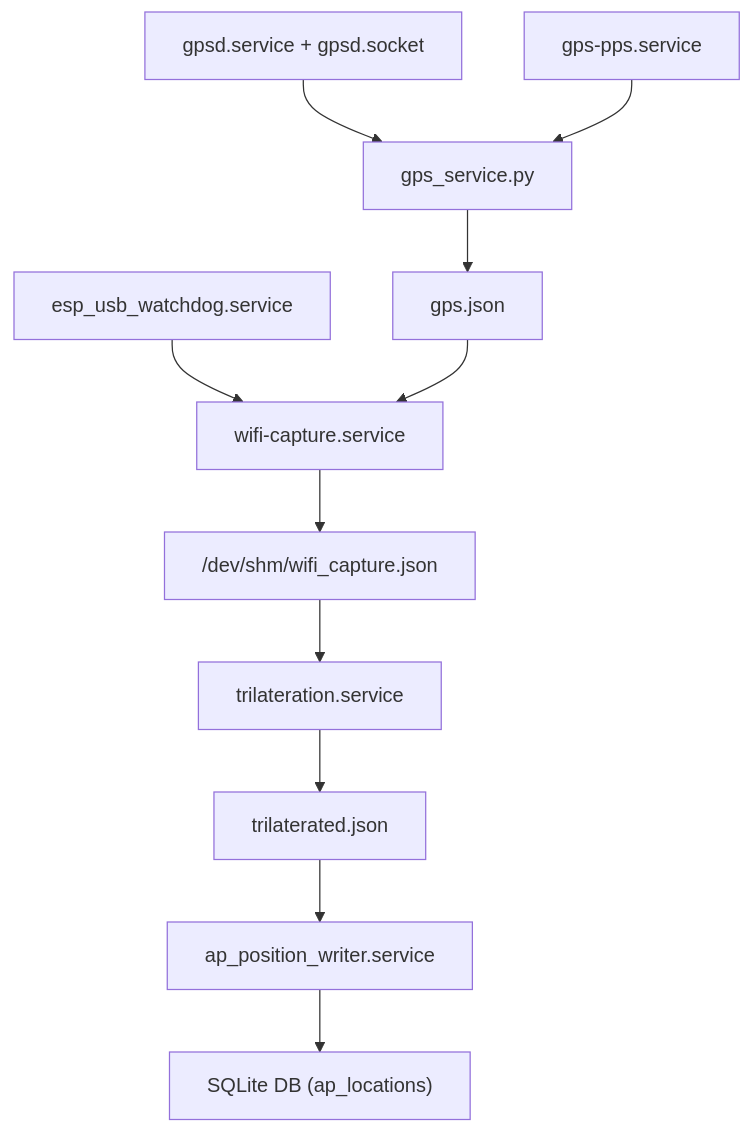
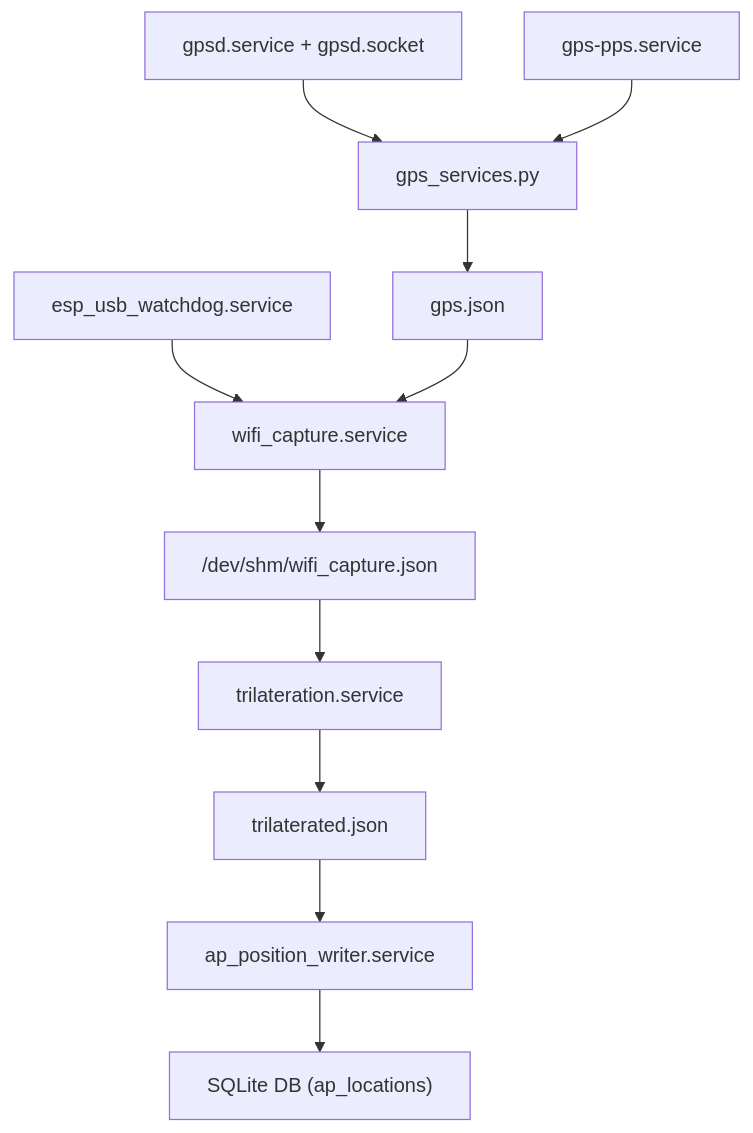
Before and after one commit to sbejarano/WiFi_Promiscuous: the diagram in gps.md, drawn with Mermaid. The commit also changed 1 other file, not shown here.

Commit message:
docs: align README architecture with current running services

````diff
--- a/gps.md
+++ b/gps.md
@@ -1,31 +1,31 @@
 ```mermaid
 flowchart TD
     gpsd["gpsd.service + gpsd.socket"]
     pps["gps-pps.service"]
-    gpssvc["gps_service.py"]
+    gpssvc["gps_services.py"]
     gpsjson["gps.json"]
 
     espwd["esp_usb_watchdog.service"]
-    wificap["wifi-capture.service"]
+    wificap["wifi_capture.service"]
     capjson["/dev/shm/wifi_capture.json"]
 
     trilat["trilateration.service"]
     triljson["trilaterated.json"]
 
     apwriter["ap_position_writer.service"]
     db["SQLite DB (ap_locations)"]
 
     gpsd --> gpssvc
     pps --> gpssvc
     gpssvc --> gpsjson
 
     espwd --> wificap
     gpsjson --> wificap
     wificap --> capjson
 
     capjson --> trilat
     trilat --> triljson
 
     triljson --> apwriter
     apwriter --> db
 ```
````
